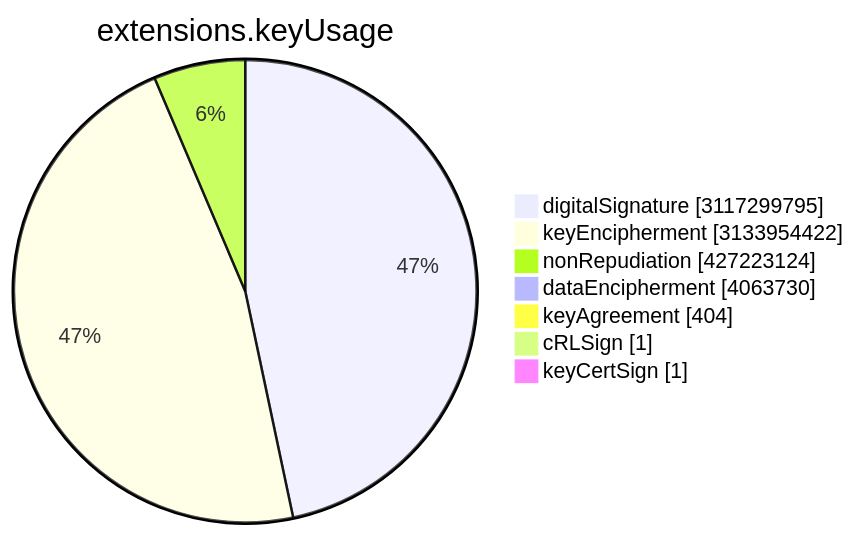
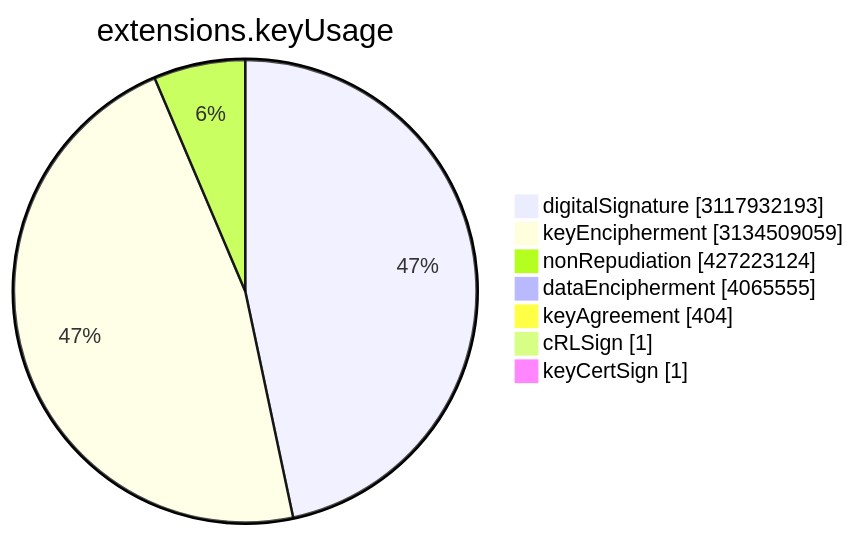
One commit to christiankrug/ctmonitor_visualization changed the sixth of 15 diagrams in TOTAL/README.md. Above: the diagram before and after it, drawn with Mermaid. The commit also changed other lines of this file, not shown here.

````diff
--- a/TOTAL/README.md
+++ b/TOTAL/README.md
@@ -3077,11 +3077,11 @@
 ```mermaid
 pie showData
 title extensions.keyUsage
-"digitalSignature" :3117299795
-"keyEncipherment" :3133954422
+"digitalSignature" :3117932193
+"keyEncipherment" :3134509059
 "nonRepudiation" :427223124
-"dataEncipherment" :4063730
+"dataEncipherment" :4065555
 "keyAgreement" :404
 "cRLSign" :1
 "keyCertSign" :1
 ```
````
